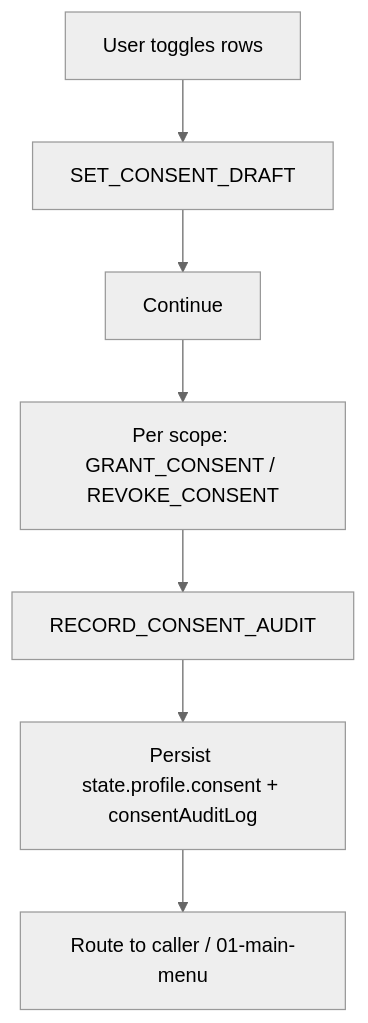
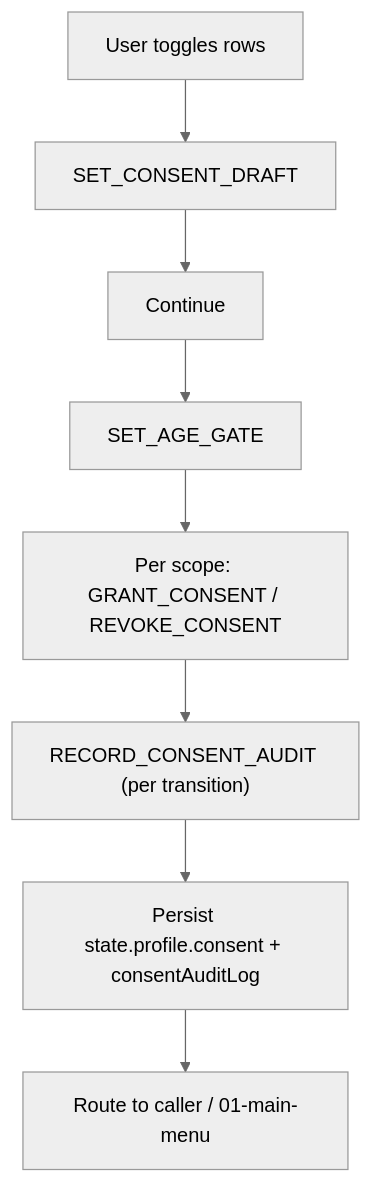
Before and after one commit to SunaNoOshiro/Heroes_Reforged_AI_Realms: the third of 6 diagrams in docs/architecture/wiki/screens/76-onboarding-consent/architecture.md, drawn with Mermaid (neutral theme). The commit also changed other lines of this file and 518 other files, not shown here.

First line of the commit message:
Add doc-audit skill and sweep architecture/screen docs

````diff
--- a/docs/architecture/wiki/screens/76-onboarding-consent/architecture.md
+++ b/docs/architecture/wiki/screens/76-onboarding-consent/architecture.md
@@ -47,9 +64,10 @@
 ```mermaid
 flowchart TD
   I0["User toggles rows"] --> I1["SET_CONSENT_DRAFT"]
   I1 --> I2["Continue"]
-  I2 --> I3["Per scope: GRANT_CONSENT / REVOKE_CONSENT"]
-  I3 --> I4["RECORD_CONSENT_AUDIT"]
-  I4 --> I5["Persist state.profile.consent + consentAuditLog"]
-  I5 --> I6["Route to caller / 01-main-menu"]
+  I2 --> I3["SET_AGE_GATE"]
+  I3 --> I4["Per scope: GRANT_CONSENT / REVOKE_CONSENT"]
+  I4 --> I5["RECORD_CONSENT_AUDIT (per transition)"]
+  I5 --> I6["Persist state.profile.consent + consentAuditLog"]
+  I6 --> I7["Route to caller / 01-main-menu"]
 ```
````
